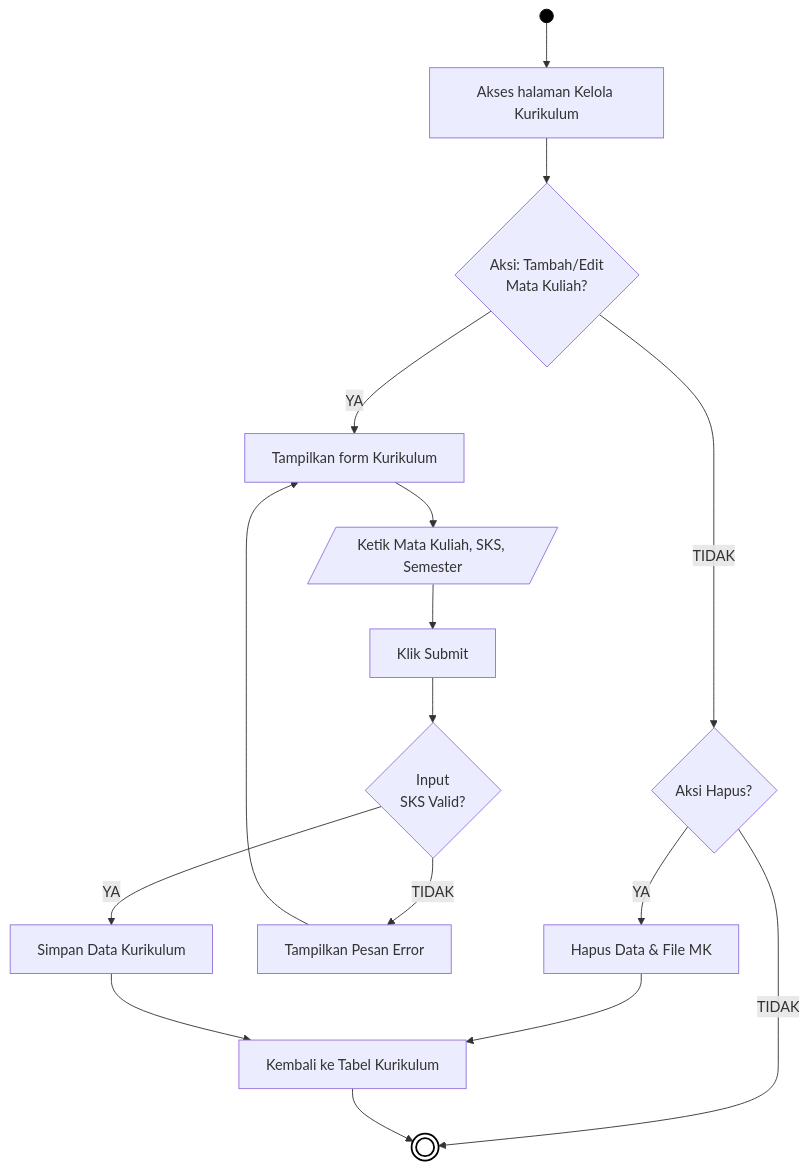
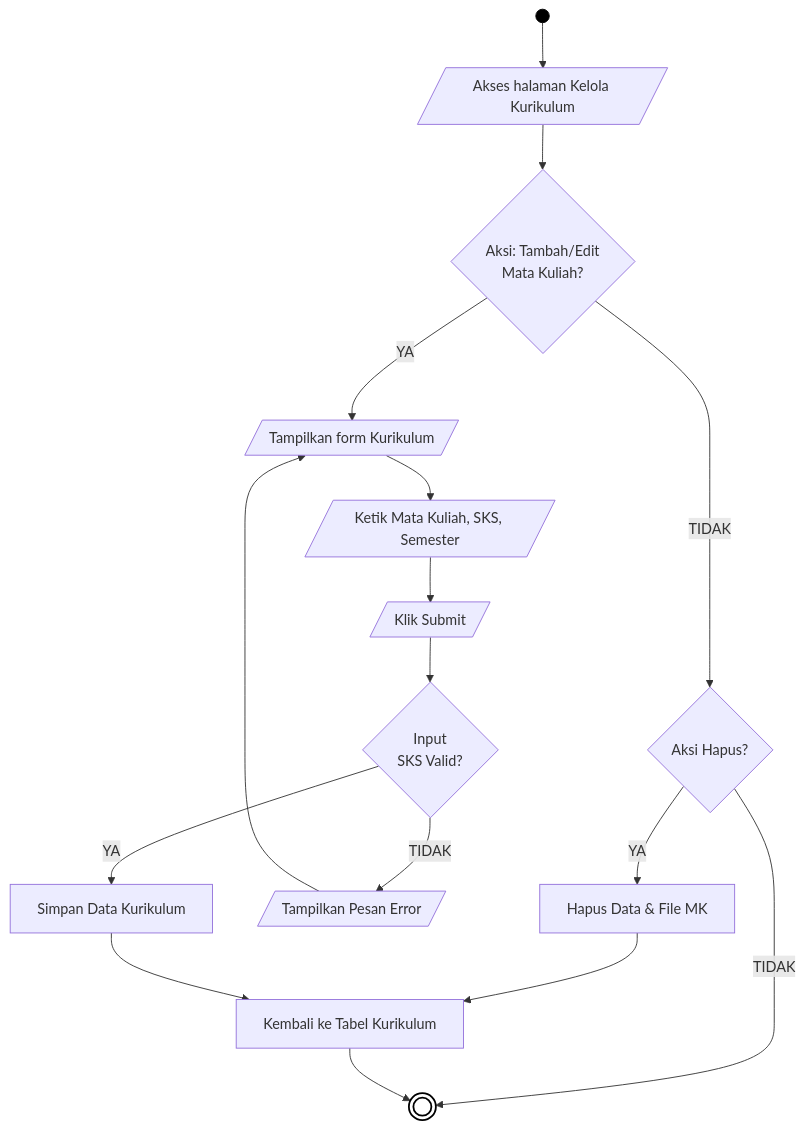
Diagram 12 of 21 in docs/01_DIAGRAM_AKTIVITAS.md (arbain-dev/Web_fikom), drawn with Mermaid before and after one commit. The commit also changed other lines of this file, not shown here.

````diff
--- a/docs/01_DIAGRAM_AKTIVITAS.md
+++ b/docs/01_DIAGRAM_AKTIVITAS.md
@@ -389,26 +389,26 @@
 ```mermaid
 flowchart TD
-    Start(( )) --> A[Akses halaman Kelola Kurikulum]
+    Start(( )) --> A[/Akses halaman Kelola Kurikulum/]
     
     A --> B{Aksi: Tambah/Edit\nMata Kuliah?}
     
     B -- TIDAK --> Hapus{Aksi Hapus?}
     Hapus -- YA --> HC[Hapus Data & File MK]
     Hapus -- TIDAK --> End((( )))
     HC --> I[Kembali ke Tabel Kurikulum]
     
-    B -- YA --> C[Tampilkan form Kurikulum]
+    B -- YA --> C[/Tampilkan form Kurikulum/]
     C --> D[/Ketik Mata Kuliah, SKS, Semester/]
-    D --> E[Klik Submit]
+    D --> E[/Klik Submit/]
     
     E --> F{Input\nSKS Valid?}
-    F -- TIDAK --> G[Tampilkan Pesan Error]
+    F -- TIDAK --> G[/Tampilkan Pesan Error/]
     G --> C
     
     F -- YA --> H[Simpan Data Kurikulum]
     H --> I
     I --> End
     
     style Start fill:#000,stroke:#000,color:#000
     style End fill:#fff,stroke:#000,stroke-width:2px
 ```
````
